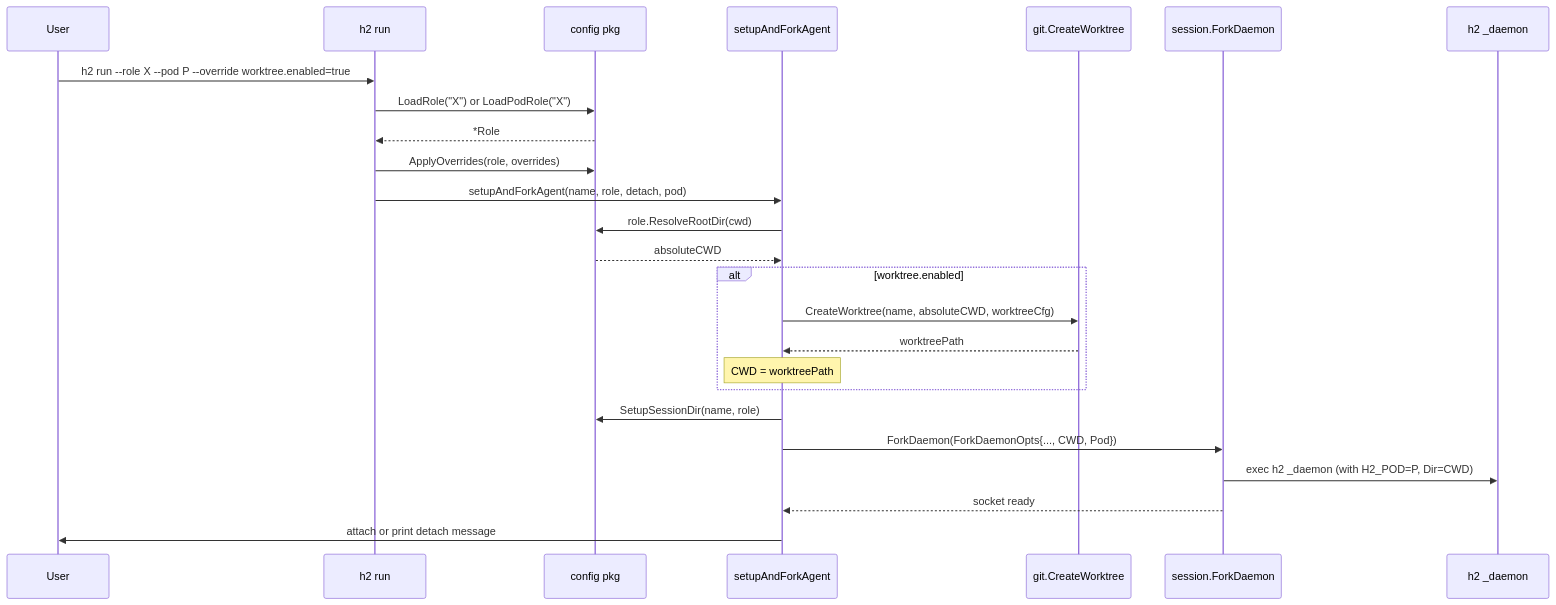
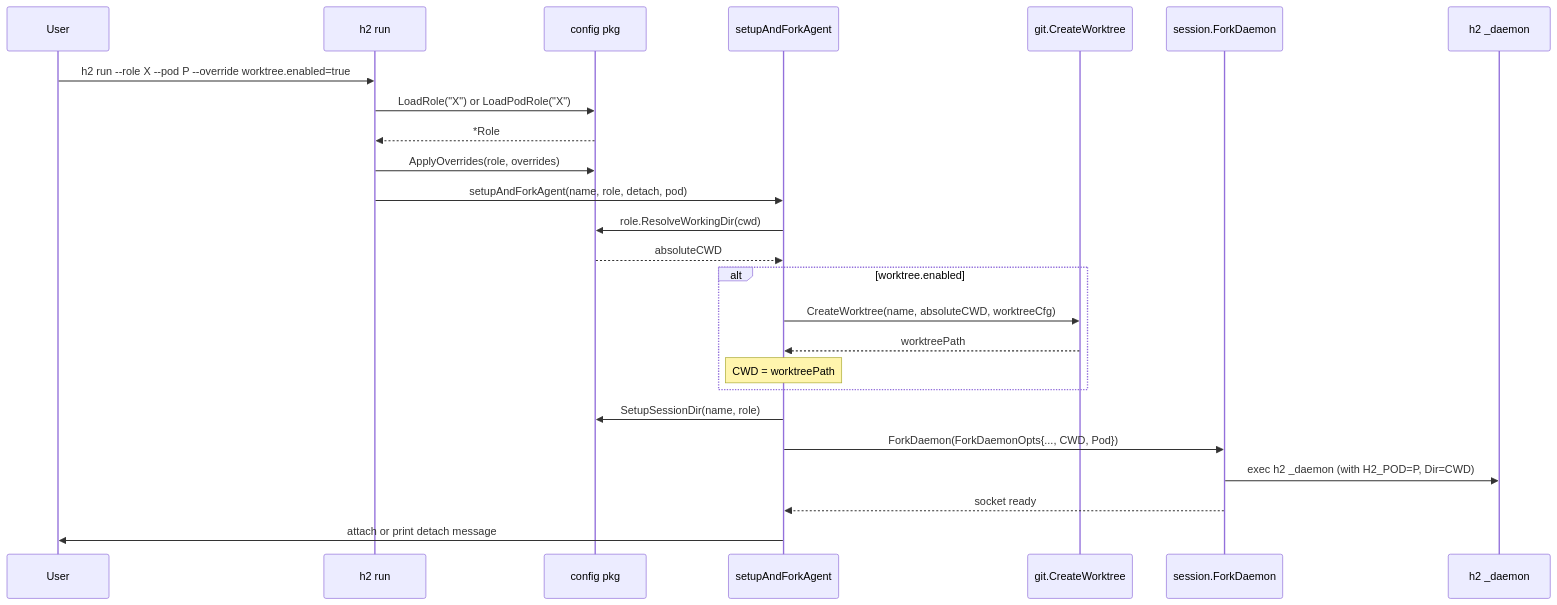
Before and after one commit to dcosson/h2: the fourth of 5 diagrams in docs/h2-dir-pods-worktrees-technical.md, drawn with Mermaid. The commit also changed other lines of this file and 11 other files, not shown here.

First line of the commit message:
Rename root_dir to working_dir in role config

````diff
--- a/docs/h2-dir-pods-worktrees-technical.md
+++ b/docs/h2-dir-pods-worktrees-technical.md
@@ -335,31 +335,31 @@
 ```mermaid
 sequenceDiagram
     participant User
     participant RunCmd as h2 run
     participant Config as config pkg
     participant Setup as setupAndForkAgent
     participant Worktree as git.CreateWorktree
     participant Fork as session.ForkDaemon
     participant Daemon as h2 _daemon
 
     User->>RunCmd: h2 run --role X --pod P --override worktree.enabled=true
     RunCmd->>Config: LoadRole("X") or LoadPodRole("X")
     Config-->>RunCmd: *Role
     RunCmd->>Config: ApplyOverrides(role, overrides)
     RunCmd->>Setup: setupAndForkAgent(name, role, detach, pod)
 
-    Setup->>Config: role.ResolveRootDir(cwd)
+    Setup->>Config: role.ResolveWorkingDir(cwd)
     Config-->>Setup: absoluteCWD
 
     alt worktree.enabled
         Setup->>Worktree: CreateWorktree(name, absoluteCWD, worktreeCfg)
         Worktree-->>Setup: worktreePath
         Note over Setup: CWD = worktreePath
     end
 
     Setup->>Config: SetupSessionDir(name, role)
     Setup->>Fork: ForkDaemon(ForkDaemonOpts{..., CWD, Pod})
     Fork->>Daemon: exec h2 _daemon (with H2_POD=P, Dir=CWD)
     Fork-->>Setup: socket ready
     Setup->>User: attach or print detach message
 ```
````
